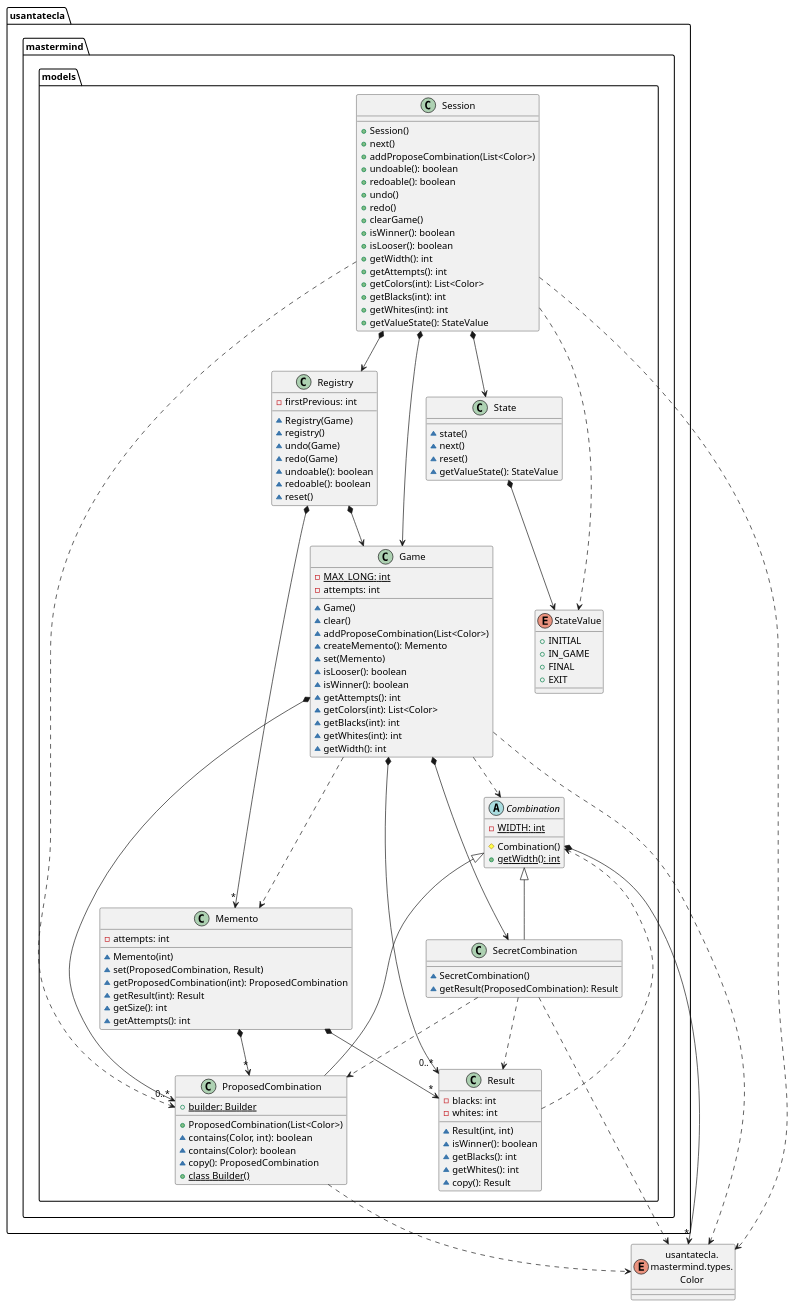
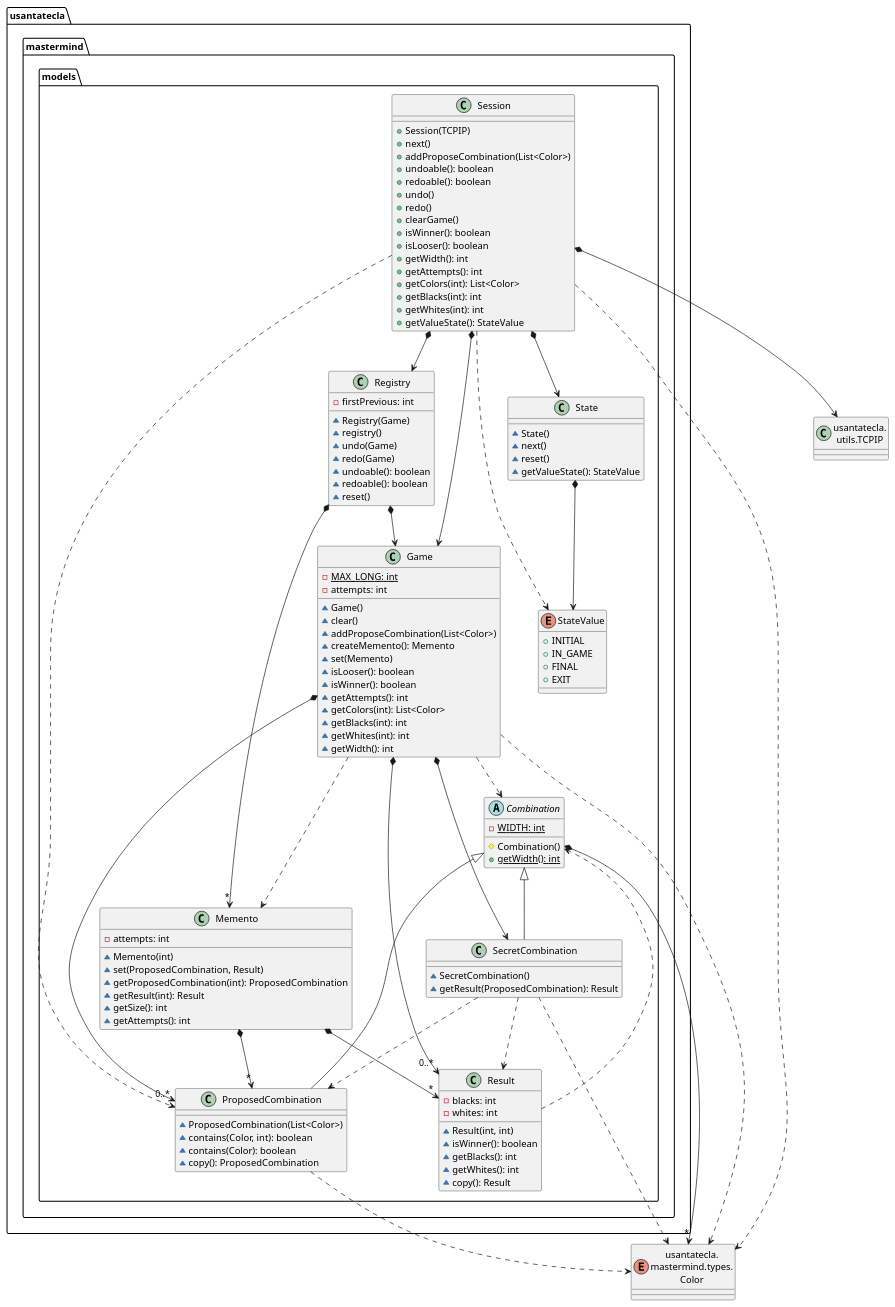
One commit to SantaTecla-mastermind/solution.java.swing.socket.sql changed the fourth of 8 diagrams in modelViewPresenter/presentationModel/withoutProxy/docs/diagrams/src/paquetes.plantuml. Above: the diagram before and after it, drawn with PlantUML. The commit also changed other lines of this file and 14 other files, not shown here.

```diff
--- a/modelViewPresenter/presentationModel/withoutProxy/docs/diagrams/src/paquetes.plantuml
+++ b/modelViewPresenter/presentationModel/withoutProxy/docs/diagrams/src/paquetes.plantuml
@@ -340,129 +340,130 @@
 @startuml usantatecla.mastermind.models
 enum Color as "usantatecla.\nmastermind.types.\nColor"
-
-class usantatecla.mastermind.models.State {
-    ~ state()
-    ~ next()
-    ~ reset()
-    ~ getValueState(): StateValue
-}
-usantatecla.mastermind.models.State *-down-> usantatecla.mastermind.models.StateValue
-
-enum usantatecla.mastermind.models.StateValue {
-    + INITIAL
-    + IN_GAME
-    + FINAL
-    + EXIT
-}
+class TCPIP as "usantatecla.\nutils.TCPIP"
 
 abstract class usantatecla.mastermind.models.Combination {
     - {static} WIDTH: int
     # Combination()
     + {static} getWidth(): int
 }
 usantatecla.mastermind.models.Combination *-down-> "*" Color
 
 class usantatecla.mastermind.models.Game {
     - {static} MAX_LONG: int
     - attempts: int
     ~ Game()
     ~ clear()
     ~ addProposeCombination(List<Color>)
     ~ createMemento(): Memento
     ~ set(Memento)
     ~ isLooser(): boolean
     ~ isWinner(): boolean
     ~ getAttempts(): int
     ~ getColors(int): List<Color>
     ~ getBlacks(int): int
     ~ getWhites(int): int
     ~ getWidth(): int
 }
 usantatecla.mastermind.models.Game *-down-> usantatecla.mastermind.models.SecretCombination
 usantatecla.mastermind.models.Game *-down-> "0..*" usantatecla.mastermind.models.Result
 usantatecla.mastermind.models.Game *-down-> "0..*" usantatecla.mastermind.models.ProposedCombination
 usantatecla.mastermind.models.Game .down.> usantatecla.mastermind.models.Memento
 usantatecla.mastermind.models.Game .down.> usantatecla.mastermind.models.Combination
 usantatecla.mastermind.models.Game .down.> Color
 
-class usantatecla.mastermind.models.ProposedCombination {
-    + ProposedCombination(List<Color>)
-    ~ contains(Color, int): boolean
-    ~ contains(Color): boolean
-    ~ copy(): ProposedCombination
-    + {static} builder: Builder
-    + {static} class Builder()
-}
-usantatecla.mastermind.models.Combination <|-down- usantatecla.mastermind.models.ProposedCombination
-usantatecla.mastermind.models.ProposedCombination .down.> Color
-
-class usantatecla.mastermind.models.SecretCombination {
-    ~ SecretCombination()
-    ~ getResult(ProposedCombination): Result
-}
-usantatecla.mastermind.models.Combination <|-down- usantatecla.mastermind.models.SecretCombination
-usantatecla.mastermind.models.SecretCombination .down.> usantatecla.mastermind.models.Result
-usantatecla.mastermind.models.SecretCombination .down.> usantatecla.mastermind.models.ProposedCombination
-usantatecla.mastermind.models.SecretCombination .down.> Color
-
-class usantatecla.mastermind.models.Result {
-    - blacks: int
-    - whites: int
-    ~ Result(int, int)
-    ~ isWinner(): boolean
-    ~ getBlacks(): int
-    ~ getWhites(): int
-    ~ copy(): Result
-}
-usantatecla.mastermind.models.Result .down.> usantatecla.mastermind.models.Combination
-
 class  usantatecla.mastermind.models.Memento{
     - attempts: int
     ~ Memento(int)
     ~ set(ProposedCombination, Result)
     ~ getProposedCombination(int): ProposedCombination
     ~ getResult(int): Result
     ~ getSize(): int
     ~ getAttempts(): int
 }
 usantatecla.mastermind.models.Memento *-down-> "*"usantatecla.mastermind.models.Result
 usantatecla.mastermind.models.Memento *-down-> "*"usantatecla.mastermind.models.ProposedCombination
+
+class usantatecla.mastermind.models.ProposedCombination {
+    ~ ProposedCombination(List<Color>)
+    ~ contains(Color, int): boolean
+    ~ contains(Color): boolean
+    ~ copy(): ProposedCombination
+}
+usantatecla.mastermind.models.Combination <|-down- usantatecla.mastermind.models.ProposedCombination
+usantatecla.mastermind.models.ProposedCombination .down.> Color
 
 class  usantatecla.mastermind.models.Registry{
     - firstPrevious: int
     ~ Registry(Game)
     ~ registry()
     ~ undo(Game)
     ~ redo(Game)
     ~ undoable(): boolean
     ~ redoable(): boolean
     ~ reset()
 }
 usantatecla.mastermind.models.Registry *-down-> "*"usantatecla.mastermind.models.Memento
 usantatecla.mastermind.models.Registry *-down-> usantatecla.mastermind.models.Game
 
+class usantatecla.mastermind.models.Result {
+    - blacks: int
+    - whites: int
+    ~ Result(int, int)
+    ~ isWinner(): boolean
+    ~ getBlacks(): int
+    ~ getWhites(): int
+    ~ copy(): Result
+}
+usantatecla.mastermind.models.Result .down.> usantatecla.mastermind.models.Combination
+
+class usantatecla.mastermind.models.SecretCombination {
+    ~ SecretCombination()
+    ~ getResult(ProposedCombination): Result
+}
+usantatecla.mastermind.models.Combination <|-down- usantatecla.mastermind.models.SecretCombination
+usantatecla.mastermind.models.SecretCombination .down.> usantatecla.mastermind.models.Result
+usantatecla.mastermind.models.SecretCombination .down.> usantatecla.mastermind.models.ProposedCombination
+usantatecla.mastermind.models.SecretCombination .down.> Color
+
 class  usantatecla.mastermind.models.Session{
-    + Session()
+    + Session(TCPIP)
     + next()
     + addProposeCombination(List<Color>)
     + undoable(): boolean
     + redoable(): boolean
     + undo()
     + redo()
     + clearGame()
     + isWinner(): boolean
     + isLooser(): boolean
     + getWidth(): int
     + getAttempts(): int
     + getColors(int): List<Color>
     + getBlacks(int): int
     + getWhites(int): int
     + getValueState(): StateValue
 }
 usantatecla.mastermind.models.Session *-down-> usantatecla.mastermind.models.State
 usantatecla.mastermind.models.Session *-down-> usantatecla.mastermind.models.Game
 usantatecla.mastermind.models.Session *-down-> usantatecla.mastermind.models.Registry
+usantatecla.mastermind.models.Session *-down-> TCPIP
 usantatecla.mastermind.models.Session .down.> usantatecla.mastermind.models.ProposedCombination
 usantatecla.mastermind.models.Session .down.> usantatecla.mastermind.models.StateValue
 usantatecla.mastermind.models.Session .down.> Color
+
+class usantatecla.mastermind.models.State {
+    ~ State()
+    ~ next()
+    ~ reset()
+    ~ getValueState(): StateValue
+}
+usantatecla.mastermind.models.State *-down-> usantatecla.mastermind.models.StateValue
+
+enum usantatecla.mastermind.models.StateValue {
+    + INITIAL
+    + IN_GAME
+    + FINAL
+    + EXIT
+}
+
 @enduml
```
